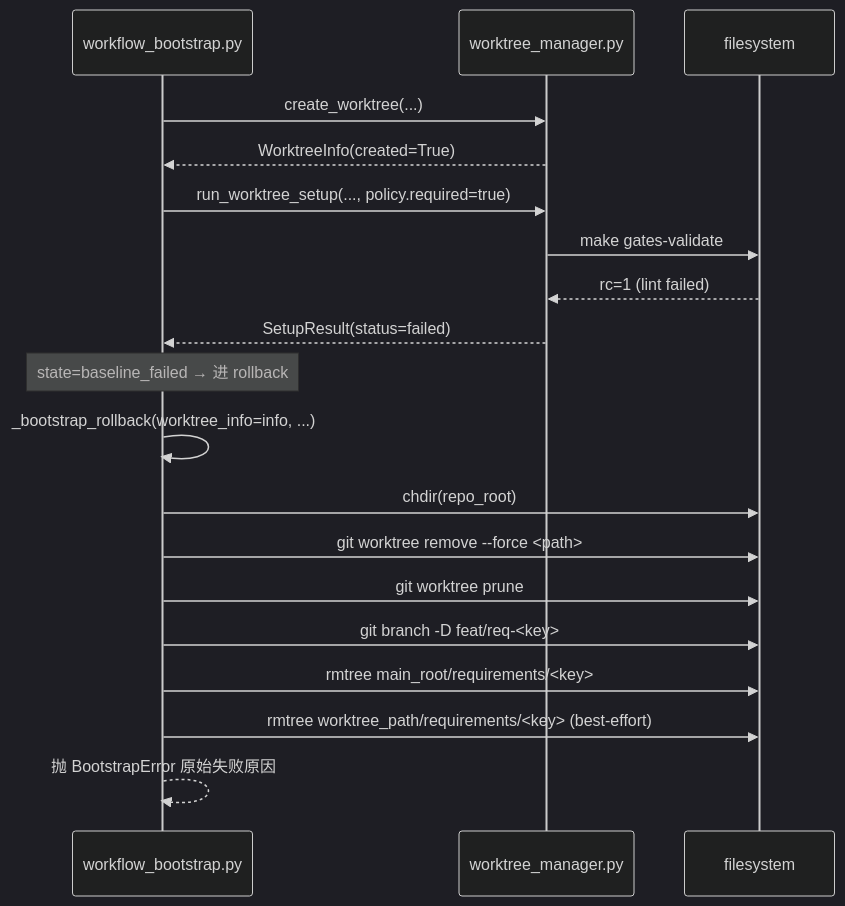
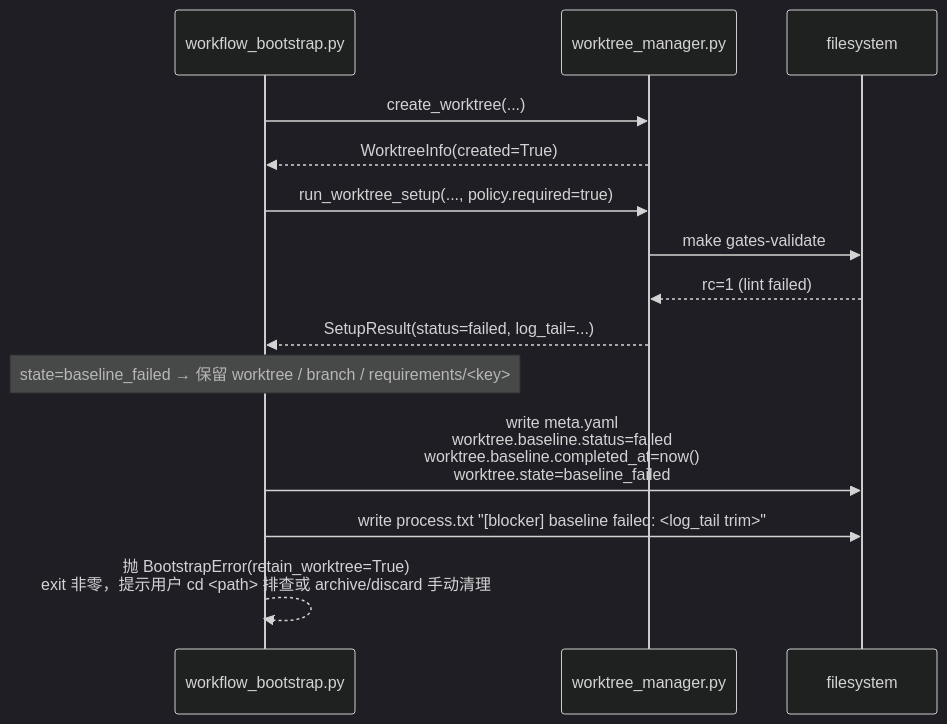
Before and after one commit to hjaaa/agentic-meta-engineering: the second of 3 diagrams in requirements/REQ-2026-014/artifacts/detailed-design.md, drawn with Mermaid (dark theme). The commit also changed other lines of this file and 13 other files, not shown here.

````diff
--- a/requirements/REQ-2026-014/artifacts/detailed-design.md
+++ b/requirements/REQ-2026-014/artifacts/detailed-design.md
@@ -992,23 +1097,18 @@
 ```mermaid
 sequenceDiagram
     participant Bootstrap as workflow_bootstrap.py
     participant WT as worktree_manager.py
     participant FS as filesystem
 
     Bootstrap->>WT: create_worktree(...)
     WT-->>Bootstrap: WorktreeInfo(created=True)
     Bootstrap->>WT: run_worktree_setup(..., policy.required=true)
     WT->>FS: make gates-validate
     FS-->>WT: rc=1 (lint failed)
-    WT-->>Bootstrap: SetupResult(status=failed)
+    WT-->>Bootstrap: SetupResult(status=failed, log_tail=...)
 
-    Note over Bootstrap: state=baseline_failed → 进 rollback
-    Bootstrap->>Bootstrap: _bootstrap_rollback(worktree_info=info, ...)
-    Bootstrap->>FS: chdir(repo_root)
-    Bootstrap->>FS: git worktree remove --force <path>
-    Bootstrap->>FS: git worktree prune
-    Bootstrap->>FS: git branch -D feat/req-<key>
-    Bootstrap->>FS: rmtree main_root/requirements/<key>
-    Bootstrap->>FS: rmtree worktree_path/requirements/<key> (best-effort)
-    Bootstrap-->>Bootstrap: 抛 BootstrapError 原始失败原因
+    Note over Bootstrap: state=baseline_failed → 保留 worktree / branch / requirements/<key>
+    Bootstrap->>FS: write meta.yaml<br/>worktree.baseline.status=failed<br/>worktree.baseline.completed_at=now()<br/>worktree.state=baseline_failed
+    Bootstrap->>FS: write process.txt "[blocker] baseline failed: <log_tail trim>"
+    Bootstrap-->>Bootstrap: 抛 BootstrapError(retain_worktree=True)<br/>exit 非零，提示用户 cd <path> 排查或 archive/discard 手动清理
 ```
````
